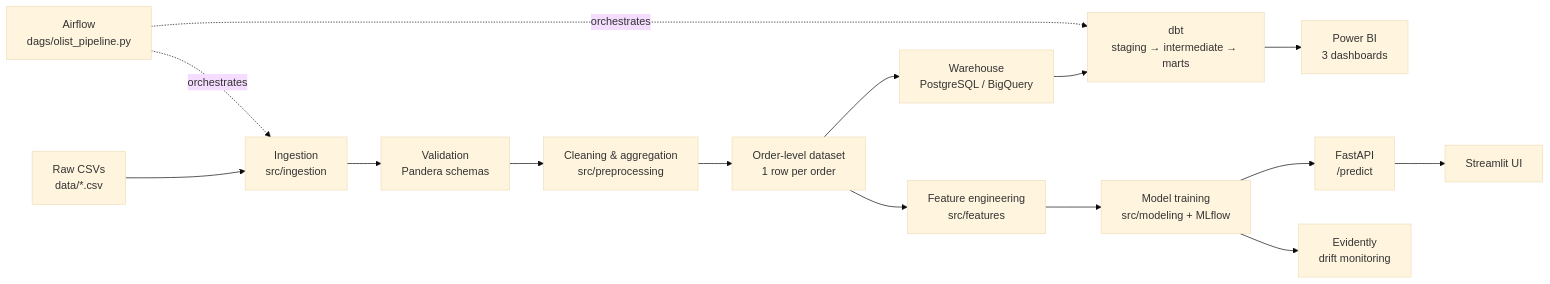
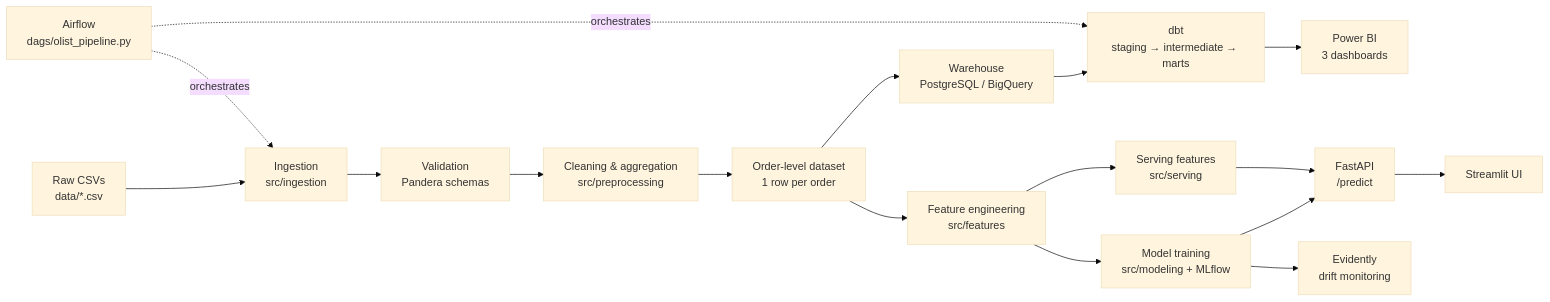
Before and after one commit to nick-st-coder/olist-intelligence: the second of 3 diagrams in README.md, drawn with Mermaid (base theme). The commit also changed other lines of this file, not shown here.

````diff
--- a/README.md
+++ b/README.md
@@ -108,17 +108,19 @@
 ```mermaid
 flowchart LR
     A["Raw CSVs<br/>data/*.csv"] --> B["Ingestion<br/>src/ingestion"]
     B --> C["Validation<br/>Pandera schemas"]
     C --> D["Cleaning & aggregation<br/>src/preprocessing"]
     D --> E["Order-level dataset<br/>1 row per order"]
     E --> F["Warehouse<br/>PostgreSQL / BigQuery"]
     F --> G["dbt<br/>staging → intermediate → marts"]
     G --> H["Power BI<br/>3 dashboards"]
     E --> I["Feature engineering<br/>src/features"]
     I --> J["Model training<br/>src/modeling + MLflow"]
     J --> K["FastAPI<br/>/predict"]
     K --> L["Streamlit UI"]
     J --> M["Evidently<br/>drift monitoring"]
+    I --> S["Serving features<br/>src/serving"]
+    S --> K
     N["Airflow<br/>dags/olist_pipeline.py"] -.orchestrates.-> B
     N -.orchestrates.-> G
 ```
````
